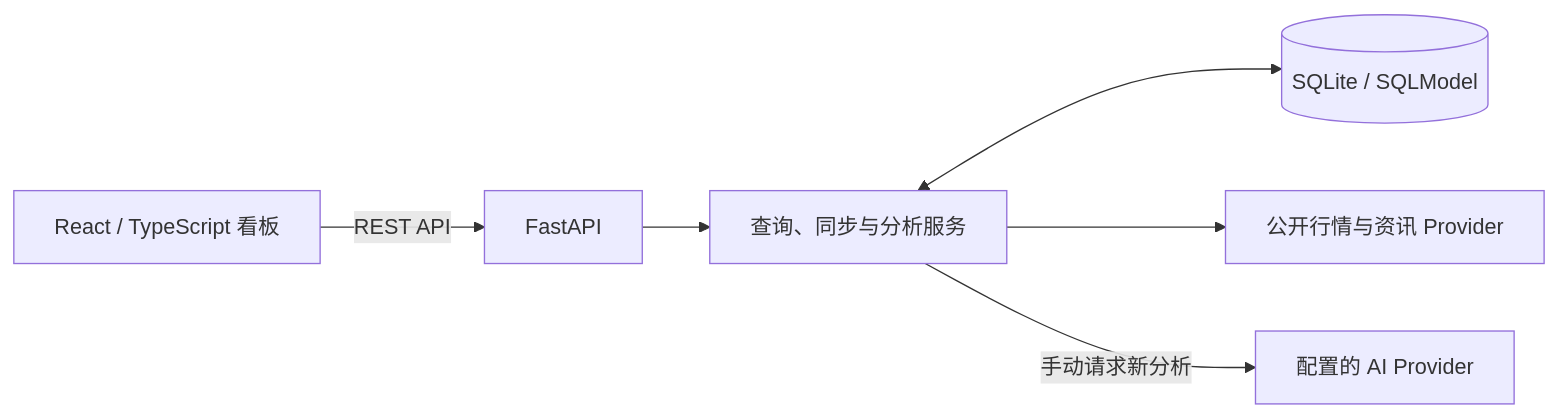
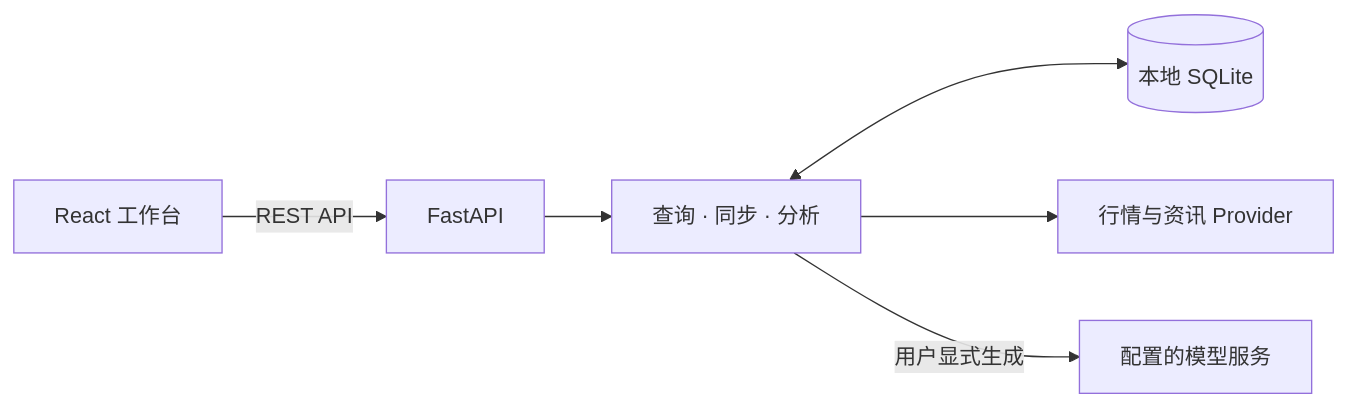
One commit to BirdieMoon-peter/Investment-Board changed the diagram in README.md. Above: the diagram before and after it, drawn with Mermaid. The commit also changed other lines of this file and 10 other files, not shown here.

````diff
--- a/README.md
+++ b/README.md
@@ -52,8 +167,8 @@
 ```mermaid
 flowchart LR
-    UI[React / TypeScript 看板] -->|REST API| API[FastAPI]
-    API --> Services[查询、同步与分析服务]
-    Services <--> DB[(SQLite / SQLModel)]
-    Services --> Data[公开行情与资讯 Provider]
-    Services -->|手动请求新分析| AI[配置的 AI Provider]
+    UI[React 工作台] -->|REST API| API[FastAPI]
+    API --> Services[查询 · 同步 · 分析]
+    Services <--> DB[(本地 SQLite)]
+    Services --> Data[行情与资讯 Provider]
+    Services -->|用户显式生成| AI[配置的模型服务]
 ```
````
